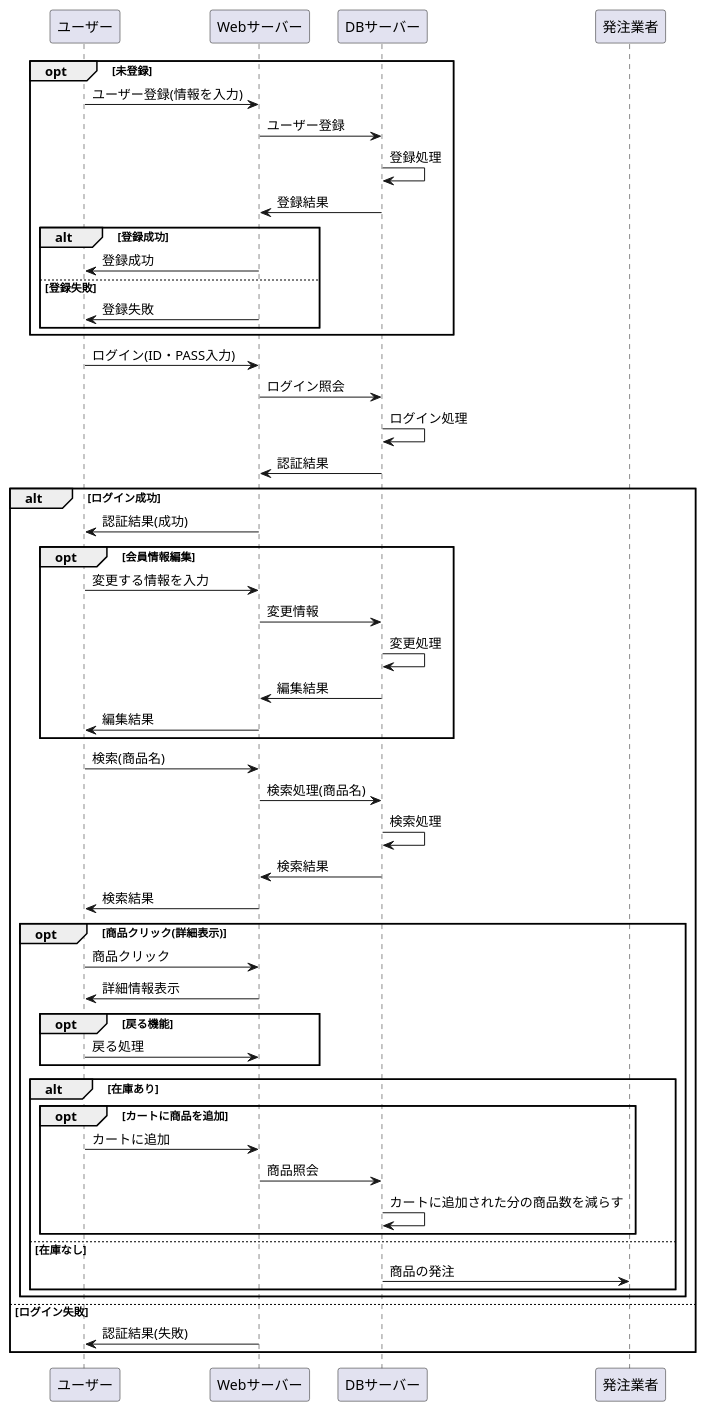
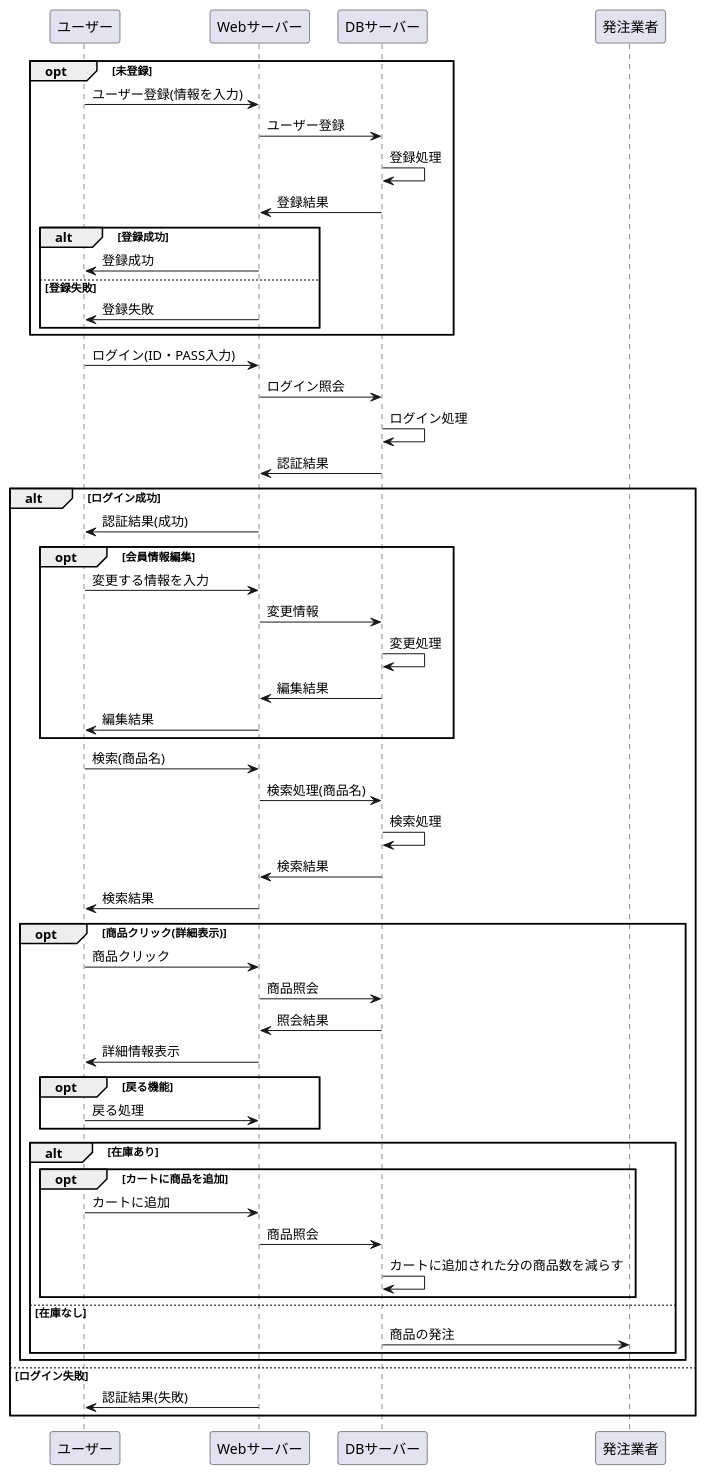
The diagram in sample.md (Aso2001154/2021sys-design), drawn with PlantUML before and after one commit.

````diff
--- a/sample.md
+++ b/sample.md
@@ -1,58 +1,60 @@
 ```uml
 @startuml
 opt 未登録
 ユーザー -> Webサーバー : ユーザー登録(情報を入力)
 Webサーバー -> DBサーバー : ユーザー登録
 DBサーバー -> DBサーバー : 登録処理
 DBサーバー -> Webサーバー : 登録結果
 
 alt 登録成功
 Webサーバー -> ユーザー : 登録成功
 else 登録失敗
 Webサーバー -> ユーザー : 登録失敗
 end
 end
 
 ユーザー -> Webサーバー : ログイン(ID・PASS入力)
 Webサーバー -> DBサーバー : ログイン照会
 DBサーバー -> DBサーバー : ログイン処理
 DBサーバー -> Webサーバー : 認証結果
 
 alt ログイン成功
 Webサーバー -> ユーザー : 認証結果(成功)
 
 opt 会員情報編集
 ユーザー -> Webサーバー : 変更する情報を入力
 Webサーバー -> DBサーバー :変更情報
 DBサーバー -> DBサーバー : 変更処理
 DBサーバー -> Webサーバー : 編集結果
 Webサーバー -> ユーザー : 編集結果
 end
 
 ユーザー -> Webサーバー : 検索(商品名)
 Webサーバー -> DBサーバー : 検索処理(商品名)
 DBサーバー -> DBサーバー : 検索処理
 DBサーバー -> Webサーバー : 検索結果
 Webサーバー -> ユーザー : 検索結果
 
 opt 商品クリック(詳細表示)
 ユーザー -> Webサーバー : 商品クリック
+Webサーバー -> DBサーバー : 商品照会
+DBサーバー -> Webサーバー : 照会結果
 Webサーバー -> ユーザー : 詳細情報表示
 opt 戻る機能
 ユーザー -> Webサーバー : 戻る処理
 end
 alt 在庫あり
 opt カートに商品を追加
 ユーザー -> Webサーバー : カートに追加
 Webサーバー -> DBサーバー : 商品照会
 DBサーバー -> DBサーバー : カートに追加された分の商品数を減らす
 end
 else 在庫なし
 DBサーバー -> 発注業者 : 商品の発注
 end
 end
 else ログイン失敗
 Webサーバー -> ユーザー : 認証結果(失敗)
 end
 @enduml
 ```
````
